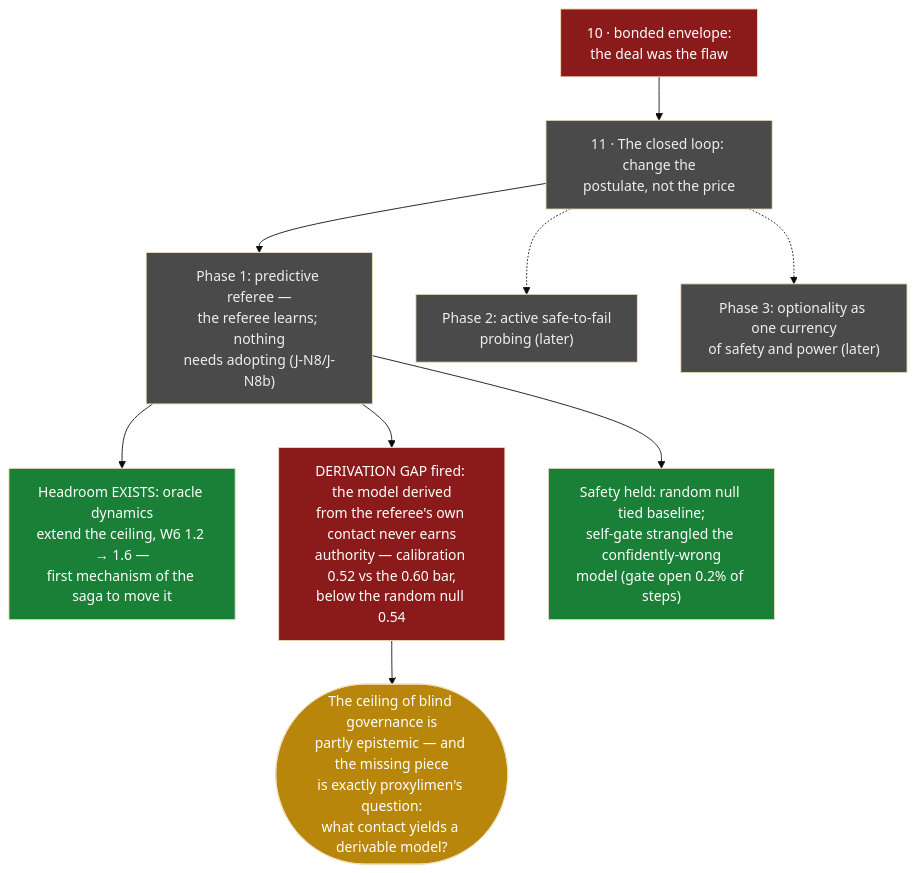
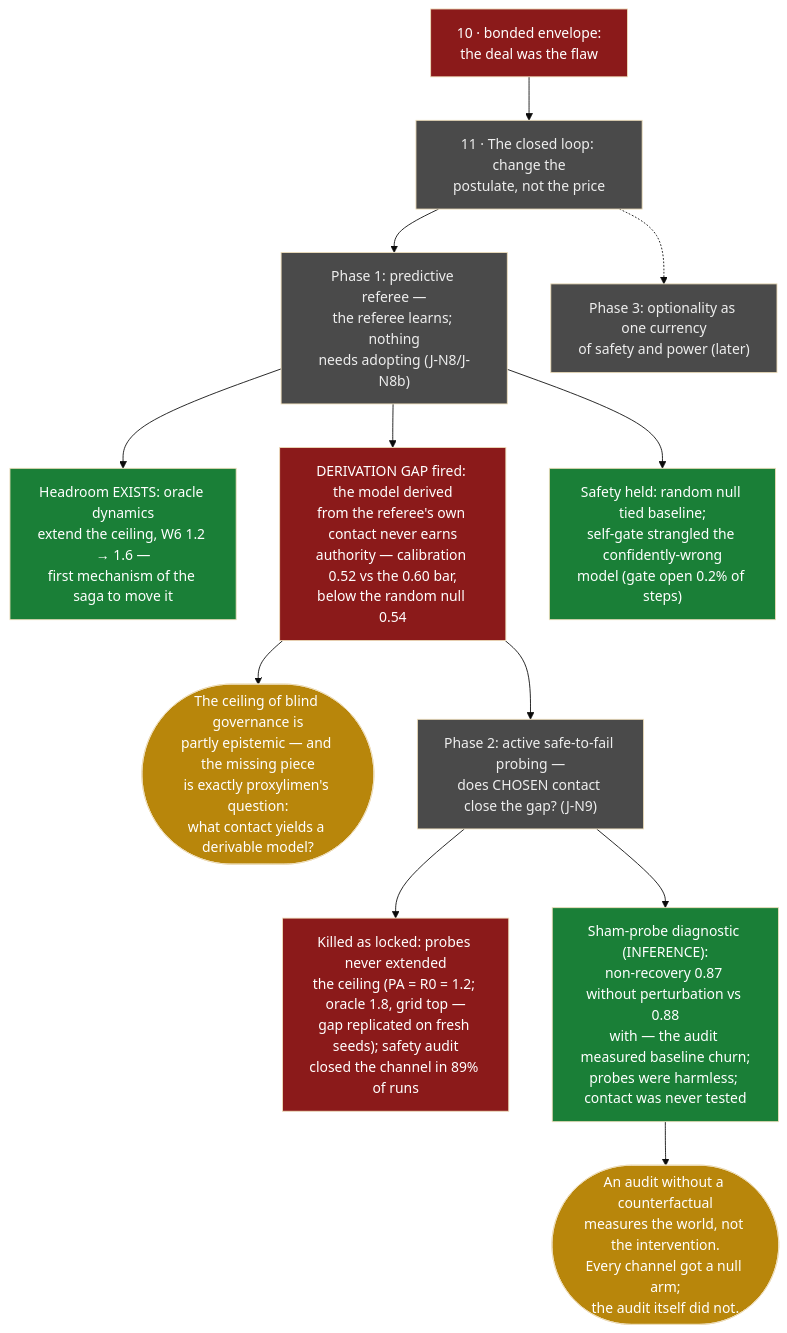
The diagram in ontology/lines/11-the-closed-loop.md (Kirill-Kruglov/ascesis), drawn with Mermaid (base theme) before and after one commit. The commit also changed other lines of this file and 1 other file, not shown here.

First line of the commit message:
Line 11 phase 2: killed as locked - and the audit measured the world

````diff
--- a/ontology/lines/11-the-closed-loop.md
+++ b/ontology/lines/11-the-closed-loop.md
@@ -27,17 +32,20 @@
 ```mermaid
 flowchart TD
     classDef verified fill:#1a7f37,color:#fff
     classDef falsified fill:#8b1a1a,color:#fff
     classDef open fill:#4a4a4a,color:#eee
     classDef concl fill:#b8860b,color:#fff
 
     Y10["10 · bonded envelope:<br/>the deal was the flaw"]:::falsified --> Z
     Z["11 · The closed loop: change the<br/>postulate, not the price"]:::open
     Z --> P1["Phase 1: predictive referee —<br/>the referee learns; nothing<br/>needs adopting (J-N8/J-N8b)"]:::open
     P1 --> K1["Headroom EXISTS: oracle dynamics<br/>extend the ceiling, W6 1.2 → 1.6 —<br/>first mechanism of the saga to move it"]:::verified
     P1 --> K2["DERIVATION GAP fired: the model derived<br/>from the referee's own contact never earns<br/>authority — calibration 0.52 vs the 0.60 bar,<br/>below the random null 0.54"]:::falsified
     P1 --> K3["Safety held: random null tied baseline;<br/>self-gate strangled the confidently-wrong<br/>model (gate open 0.2% of steps)"]:::verified
     K2 --> C1(["The ceiling of blind governance is<br/>partly epistemic — and the missing piece<br/>is exactly proxylimen's question:<br/>what contact yields a derivable model?"]):::concl
-    Z -.-> P2["Phase 2: active safe-to-fail<br/>probing (later)"]:::open
+    K2 --> P2["Phase 2: active safe-to-fail probing —<br/>does CHOSEN contact close the gap? (J-N9)"]:::open
+    P2 --> M1["Killed as locked: probes never extended<br/>the ceiling (PA = R0 = 1.2; oracle 1.8, grid top —<br/>gap replicated on fresh seeds); safety audit<br/>closed the channel in 89% of runs"]:::falsified
+    P2 --> M2["Sham-probe diagnostic (INFERENCE):<br/>non-recovery 0.87 without perturbation vs 0.88<br/>with — the audit measured baseline churn;<br/>probes were harmless; contact was never tested"]:::verified
+    M2 --> C2(["An audit without a counterfactual<br/>measures the world, not the intervention.<br/>Every channel got a null arm;<br/>the audit itself did not."]):::concl
     Z -.-> P3["Phase 3: optionality as one currency<br/>of safety and power (later)"]:::open
 ```
````
